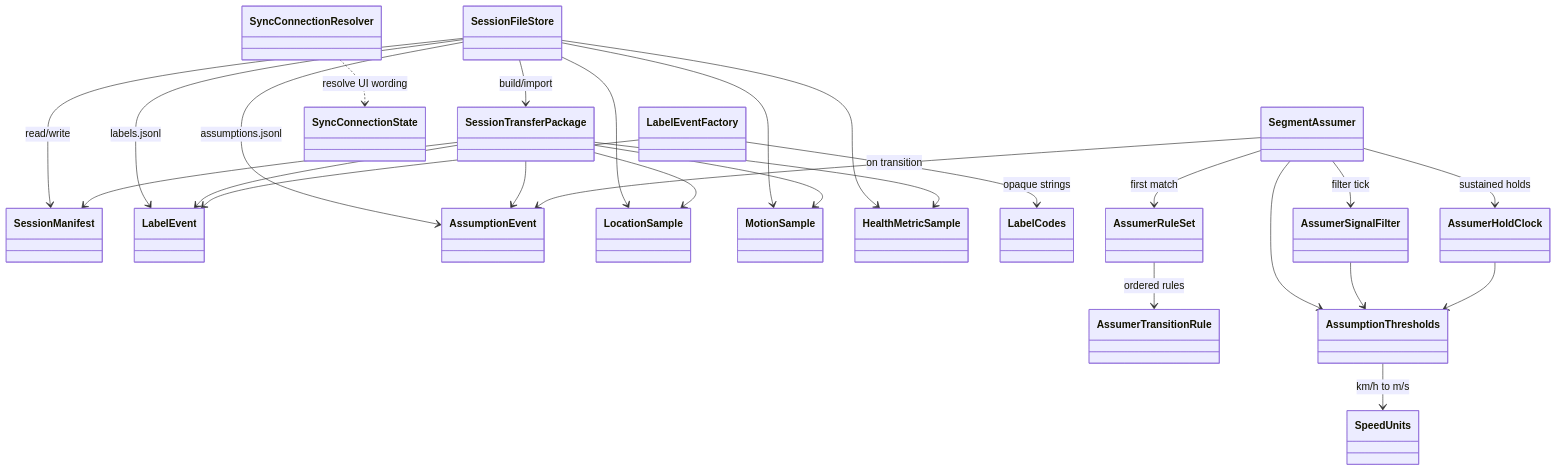
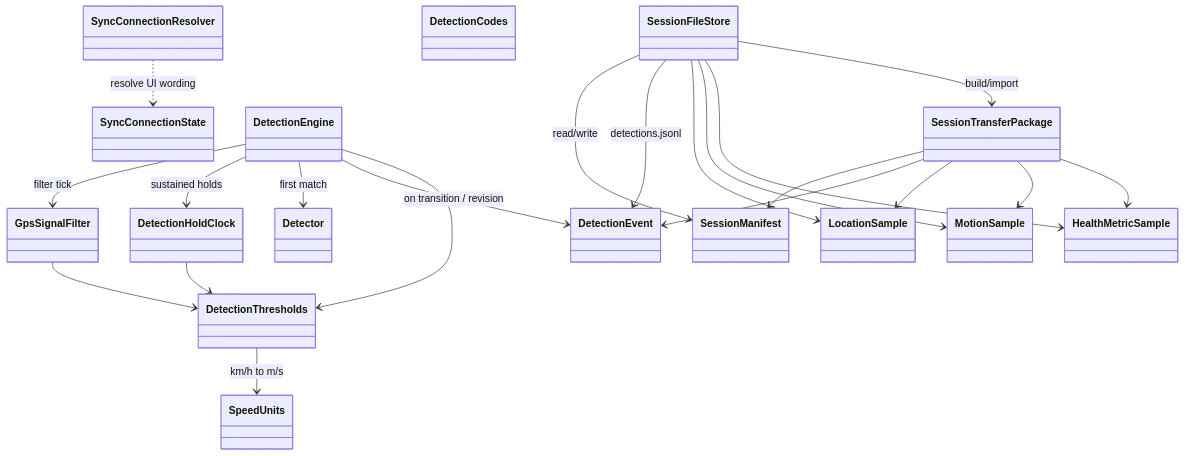
The first of 3 diagrams in WakeTrackerCore/DESIGN.md (DCSBL/rppl), drawn with Mermaid before and after one commit. The commit also changed other lines of this file and 35 other files, not shown here.

First line of the commit message:
feat(core): replace Assumer with ride/pause DetectionEngine

````diff
--- a/WakeTrackerCore/DESIGN.md
+++ b/WakeTrackerCore/DESIGN.md
@@ -9,53 +9,44 @@
 ```mermaid
 classDiagram
   direction TB
 
   class SessionManifest
-  class LabelEvent
-  class AssumptionEvent
+  class DetectionEvent
   class LocationSample
   class MotionSample
   class HealthMetricSample
   class SessionTransferPackage
   class SessionFileStore
-  class LabelCodes
-  class LabelEventFactory
+  class DetectionCodes
   class SyncConnectionResolver
-  class SegmentAssumer
-  class AssumerSignalFilter
-  class AssumerHoldClock
-  class AssumerRuleSet
-  class AssumerTransitionRule
-  class AssumptionThresholds
+  class DetectionEngine
+  class GpsSignalFilter
+  class DetectionHoldClock
+  class Detector
+  class DetectionThresholds
   class SpeedUnits
 
   SessionFileStore --> SessionManifest : read/write
-  SessionFileStore --> LabelEvent : labels.jsonl
-  SessionFileStore --> AssumptionEvent : assumptions.jsonl
+  SessionFileStore --> DetectionEvent : detections.jsonl
   SessionFileStore --> LocationSample
   SessionFileStore --> MotionSample
   SessionFileStore --> HealthMetricSample
   SessionFileStore --> SessionTransferPackage : build/import
 
   SessionTransferPackage --> SessionManifest
-  SessionTransferPackage --> LabelEvent
-  SessionTransferPackage --> AssumptionEvent
+  SessionTransferPackage --> DetectionEvent
   SessionTransferPackage --> LocationSample
   SessionTransferPackage --> MotionSample
   SessionTransferPackage --> HealthMetricSample
 
-  LabelEventFactory --> LabelEvent
-  LabelEventFactory --> LabelCodes : opaque strings
-
-  SegmentAssumer --> AssumerSignalFilter : filter tick
-  SegmentAssumer --> AssumerHoldClock : sustained holds
-  SegmentAssumer --> AssumerRuleSet : first match
-  SegmentAssumer --> AssumptionEvent : on transition
-  SegmentAssumer --> AssumptionThresholds
-  AssumerRuleSet --> AssumerTransitionRule : ordered rules
-  AssumerSignalFilter --> AssumptionThresholds
-  AssumerHoldClock --> AssumptionThresholds
-  AssumptionThresholds --> SpeedUnits : km/h to m/s
+  DetectionEngine --> GpsSignalFilter : filter tick
+  DetectionEngine --> DetectionHoldClock : sustained holds
+  DetectionEngine --> Detector : first match
+  DetectionEngine --> DetectionEvent : on transition / revision
+  DetectionEngine --> DetectionThresholds
+  GpsSignalFilter --> DetectionThresholds
+  DetectionHoldClock --> DetectionThresholds
+  DetectionThresholds --> SpeedUnits : km/h to m/s
 
   SyncConnectionResolver ..> SyncConnectionState : resolve UI wording
 ```
````
